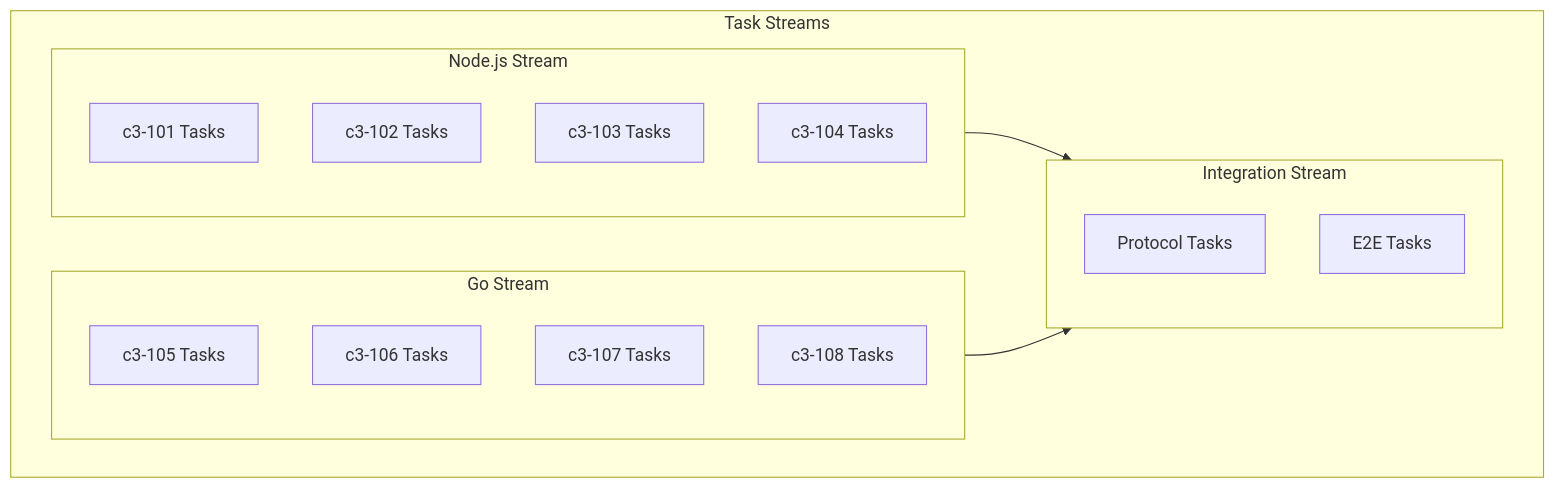
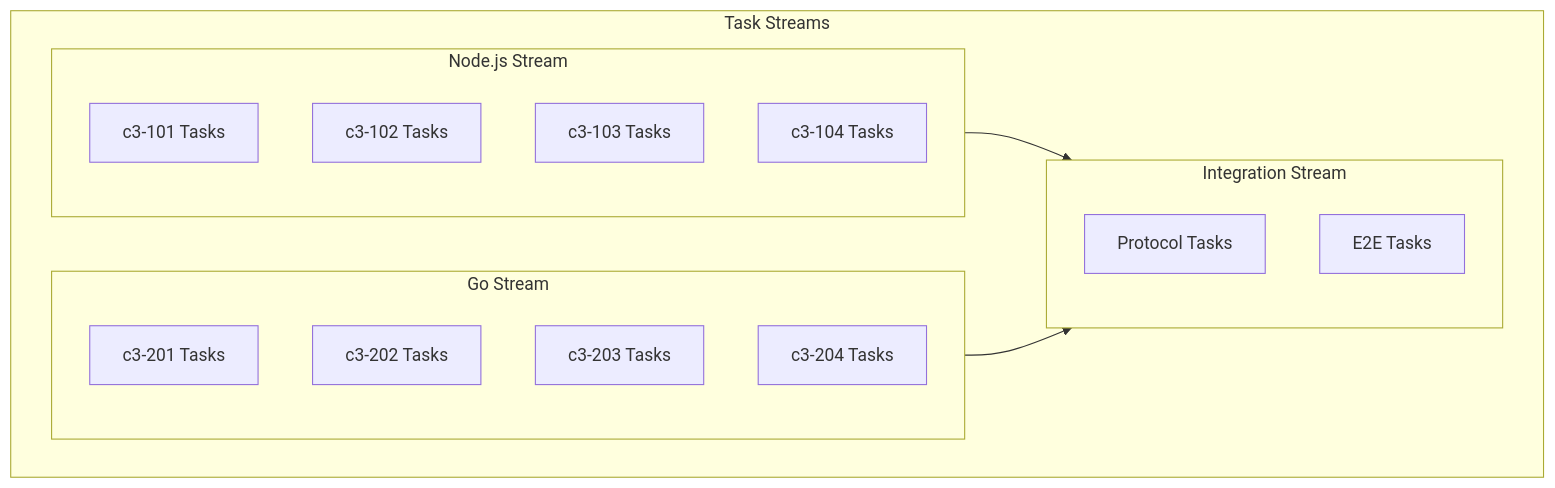
Before and after one commit to thewind121212/natashi: the fifth of 5 diagrams in .claude/skills/topic-implement/SKILL.md, drawn with Mermaid. The commit also changed other lines of this file and 992 other files, not shown here.

````diff
--- a/.claude/skills/topic-implement/SKILL.md
+++ b/.claude/skills/topic-implement/SKILL.md
@@ -370,26 +371,26 @@
 ```mermaid
 flowchart TB
     subgraph Streams["Task Streams"]
         subgraph NodeStream["Node.js Stream"]
             N1[c3-101 Tasks]
             N2[c3-102 Tasks]
             N3[c3-103 Tasks]
             N4[c3-104 Tasks]
         end
 
         subgraph GoStream["Go Stream"]
-            G1[c3-105 Tasks]
-            G2[c3-106 Tasks]
-            G3[c3-107 Tasks]
-            G4[c3-108 Tasks]
+            G1[c3-201 Tasks]
+            G2[c3-202 Tasks]
+            G3[c3-203 Tasks]
+            G4[c3-204 Tasks]
         end
 
         subgraph IntStream["Integration Stream"]
             I1[Protocol Tasks]
             I2[E2E Tasks]
         end
     end
 
     NodeStream --> IntStream
     GoStream --> IntStream
 ```
````
